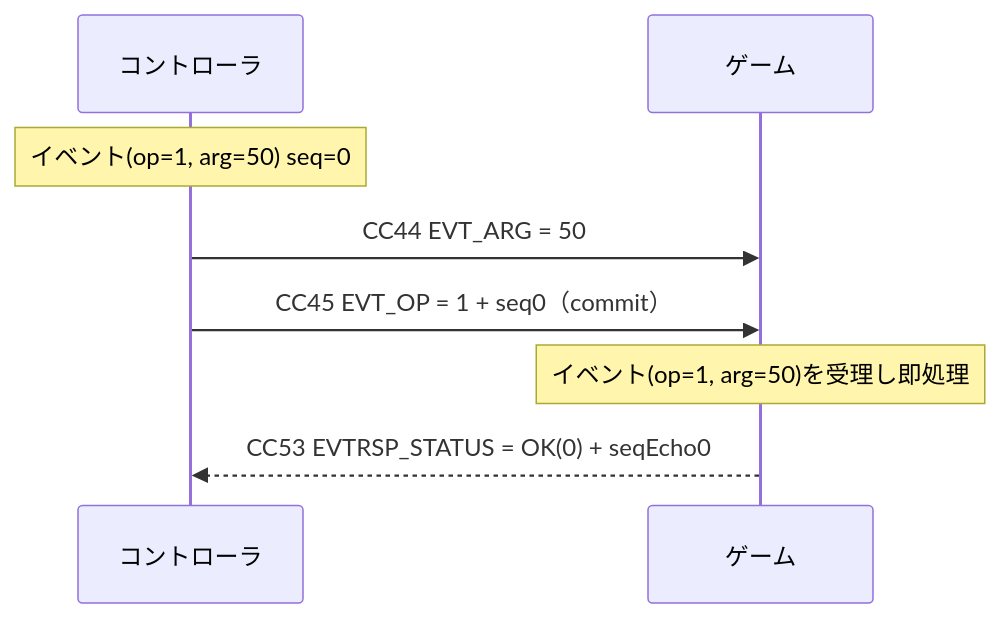
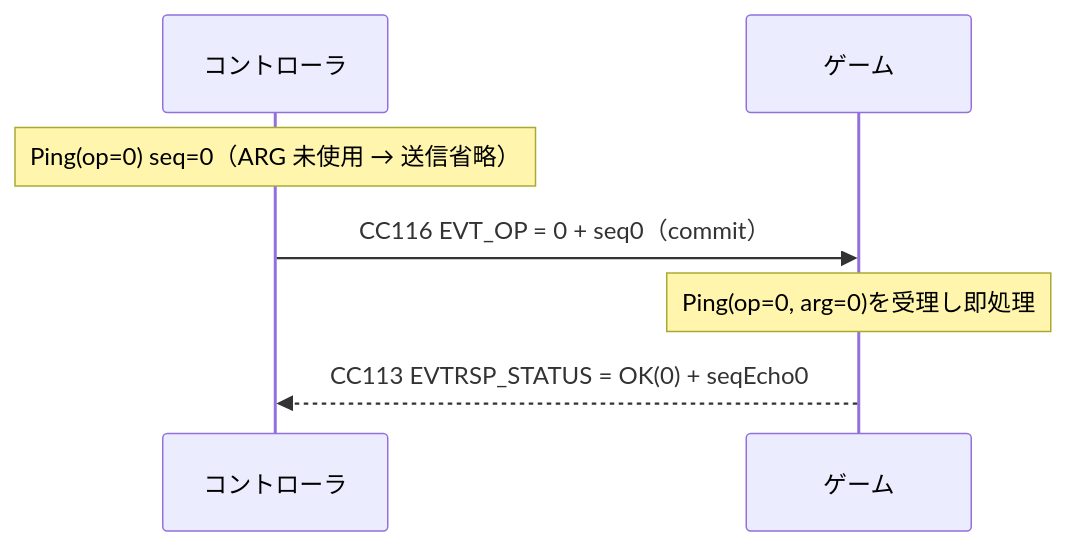
Before and after one commit to sanlike0911/pyMidiSimulator: the second of 4 diagrams in docs/specs/midi-mapping.md, drawn with Mermaid. The commit also changed other lines of this file and 2 other files, not shown here.

````diff
--- a/docs/specs/midi-mapping.md
+++ b/docs/specs/midi-mapping.md
@@ -259,10 +285,9 @@
 ```mermaid
 sequenceDiagram
     participant C as コントローラ
     participant G as ゲーム
-    Note over C: イベント(op=1, arg=50) seq=0
-    C->>G: CC44 EVT_ARG = 50
-    C->>G: CC45 EVT_OP = 1 + seq0（commit）
-    Note over G: イベント(op=1, arg=50)を受理し即処理
-    G-->>C: CC53 EVTRSP_STATUS = OK(0) + seqEcho0
+    Note over C: Ping(op=0) seq=0（ARG 未使用 → 送信省略）
+    C->>G: CC116 EVT_OP = 0 + seq0（commit）
+    Note over G: Ping(op=0, arg=0)を受理し即処理
+    G-->>C: CC113 EVTRSP_STATUS = OK(0) + seqEcho0
 ```
````
